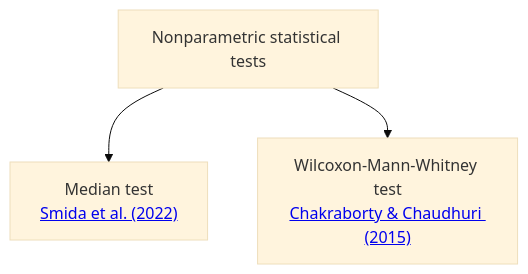
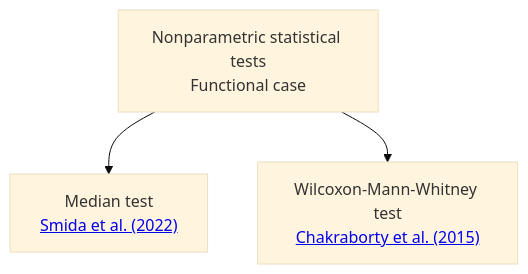
Before and after one commit to smidazai/my_site_ZS: the second of 2 diagrams in talks.qmd, drawn with Mermaid (base theme). The commit also changed other lines of this file and 1 other file, not shown here.

````diff
--- a/talks.qmd
+++ b/talks.qmd
@@ -43,9 +41,7 @@
 ```{mermaid}
-%%| label: fig-flowchart
-%%| fig-cap: title to add 
 %%| fig-align: center
 
 flowchart TD
-    I["Nonparametric statistical tests<br>"] --> J["Median test<br><a href='https://www.jstor.org/stable/43305650' target='_blank'> Smida et al. (2022)"]
-    I --> L["Wilcoxon-Mann-Whitney test<br><a href='https://www.jstor.org/stable/43305650' target='_blank'>Chakraborty & Chaudhuri (2015)"]
+    I["Nonparametric statistical tests<br>Functional case"] --> J["Median test<br><a href='https://www.jstor.org/stable/43305650' target='_blank'> Smida et al. (2022)"]
+    I --> L["Wilcoxon-Mann-Whitney test<br><a href='https://www.jstor.org/stable/43305650' target='_blank'>Chakraborty et al. (2015)"]
 ```
````
